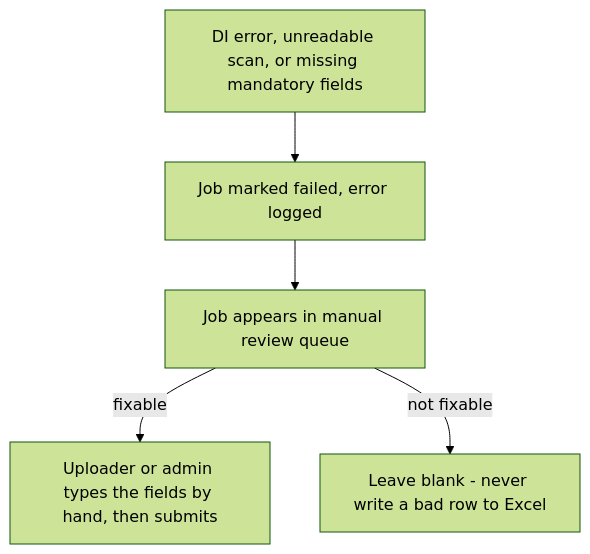
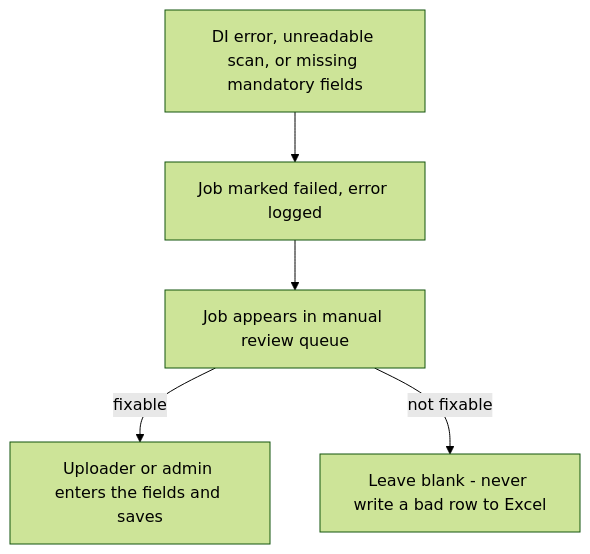
The fourth of 4 diagrams in plan/05-flows.md (LaxmiKhilnani-nhit/Bank-Guarantee-Automation), drawn with Mermaid (forest theme) before and after one commit. The commit also changed other lines of this file and 58 other files, not shown here.

````diff
--- a/plan/05-flows.md
+++ b/plan/05-flows.md
@@ -77,7 +72,7 @@
 ```mermaid
 flowchart TD
   X["DI error, unreadable scan, or missing mandatory fields"] --> F["Job marked failed, error logged"]
   F --> M["Job appears in manual review queue"]
-  M -->|"fixable"| R["Uploader or admin types the fields by hand, then submits"]
+  M -->|"fixable"| R["Uploader or admin enters the fields and saves"]
   M -->|"not fixable"| B["Leave blank - never write a bad row to Excel"]
 ```
````
